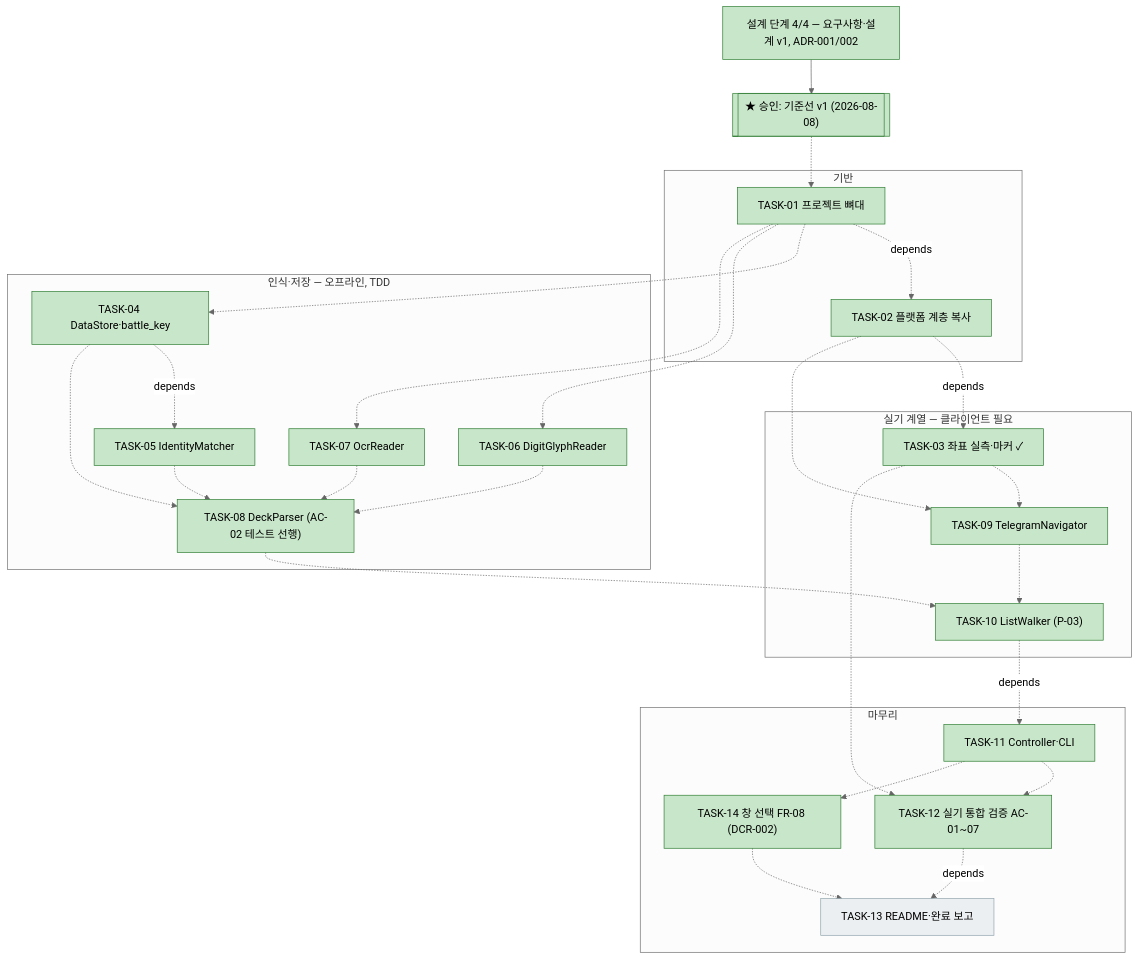
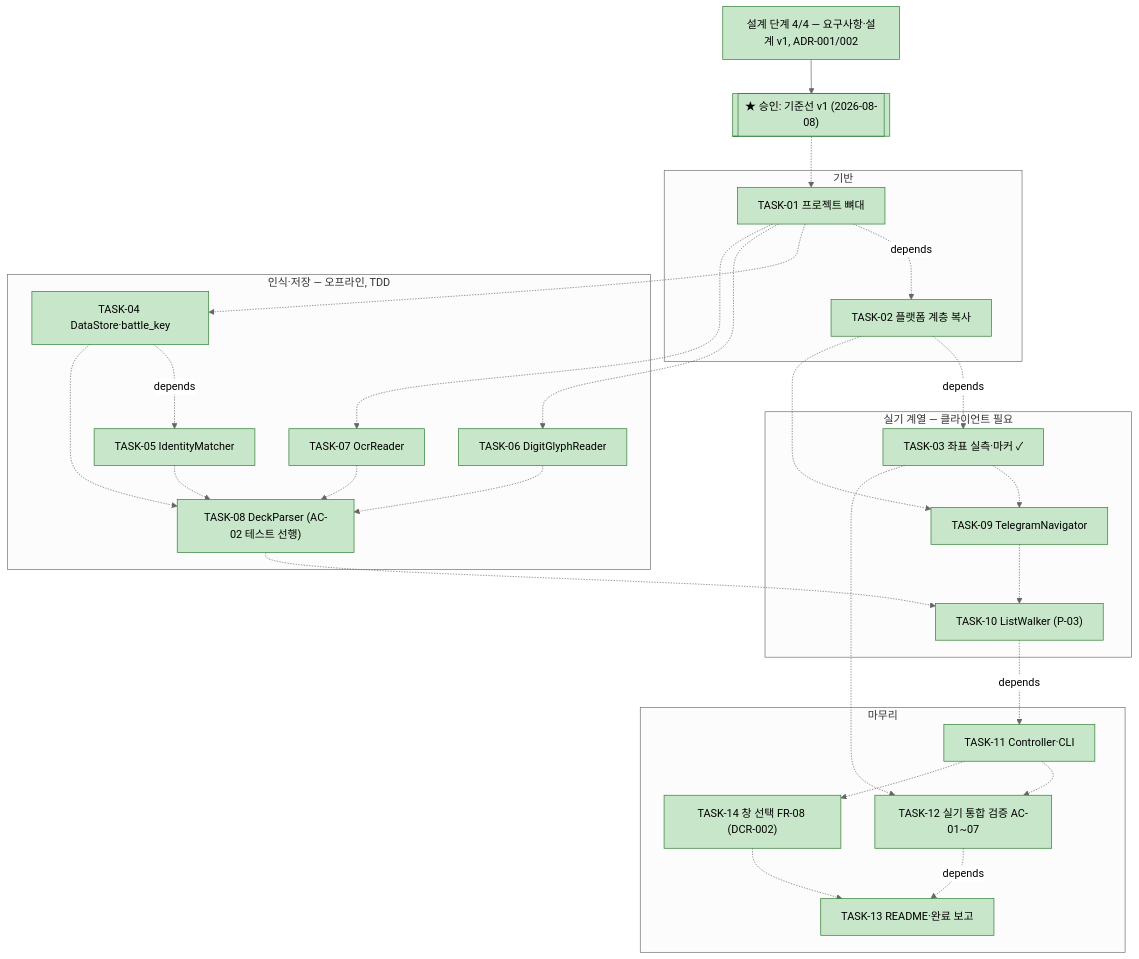
The diagram in docs/work/20260808-telegram-deck-extract/plan.md (bluesky5008/sgz_statiz), drawn with Mermaid (neutral theme) before and after one commit. The commit also changed other lines of this file and 4 other files, not shown here.

````diff
--- a/docs/work/20260808-telegram-deck-extract/plan.md
+++ b/docs/work/20260808-telegram-deck-extract/plan.md
@@ -67,53 +67,53 @@
 ```mermaid
 flowchart TD
     D0["설계 단계 4/4 — 요구사항·설계 v1, ADR-001/002"]:::done
     APR[["★ 승인: 기준선 v1 (2026-08-08)"]]:::done
     D0 --> APR
     subgraph G1["기반"]
         T01["TASK-01 프로젝트 뼈대"]:::done
         T02["TASK-02 플랫폼 계층 복사"]:::done
     end
     subgraph G2["인식·저장 — 오프라인, TDD"]
         T04["TASK-04 DataStore·battle_key"]:::done
         T05["TASK-05 IdentityMatcher"]:::done
         T06["TASK-06 DigitGlyphReader"]:::done
         T07["TASK-07 OcrReader"]:::done
         T08["TASK-08 DeckParser (AC-02 테스트 선행)"]:::done
     end
     subgraph G3["실기 계열 — 클라이언트 필요"]
         T03["TASK-03 좌표 실측·마커 ✓"]:::done
         T09["TASK-09 TelegramNavigator"]:::done
         T10["TASK-10 ListWalker (P-03)"]:::done
     end
     subgraph G4["마무리"]
         T11["TASK-11 Controller·CLI"]:::done
         T12["TASK-12 실기 통합 검증 AC-01~07"]:::done
         T14["TASK-14 창 선택 FR-08 (DCR-002)"]:::done
-        T13["TASK-13 README·완료 보고"]:::todo
+        T13["TASK-13 README·완료 보고"]:::done
     end
     APR -.-> T01
     T01 -. depends .-> T02
     T02 -. depends .-> T03
     T01 -.-> T04
     T01 -.-> T06
     T01 -.-> T07
     T04 -. depends .-> T05
     T04 -.-> T08
     T05 -.-> T08
     T06 -.-> T08
     T07 -.-> T08
     T02 -.-> T09
     T03 -.-> T09
     T08 -.-> T10
     T09 -.-> T10
     T10 -. depends .-> T11
     T03 -.-> T12
     T11 -.-> T12
     T11 -.-> T14
     T12 -. depends .-> T13
     T14 -.-> T13
     classDef done fill:#c8e6c9,stroke:#2e7d32
     classDef active fill:#fff9c4,stroke:#f9a825
     classDef todo fill:#eceff1,stroke:#90a4ae
     classDef blocked fill:#ffcdd2,stroke:#c62828
 ```
````
